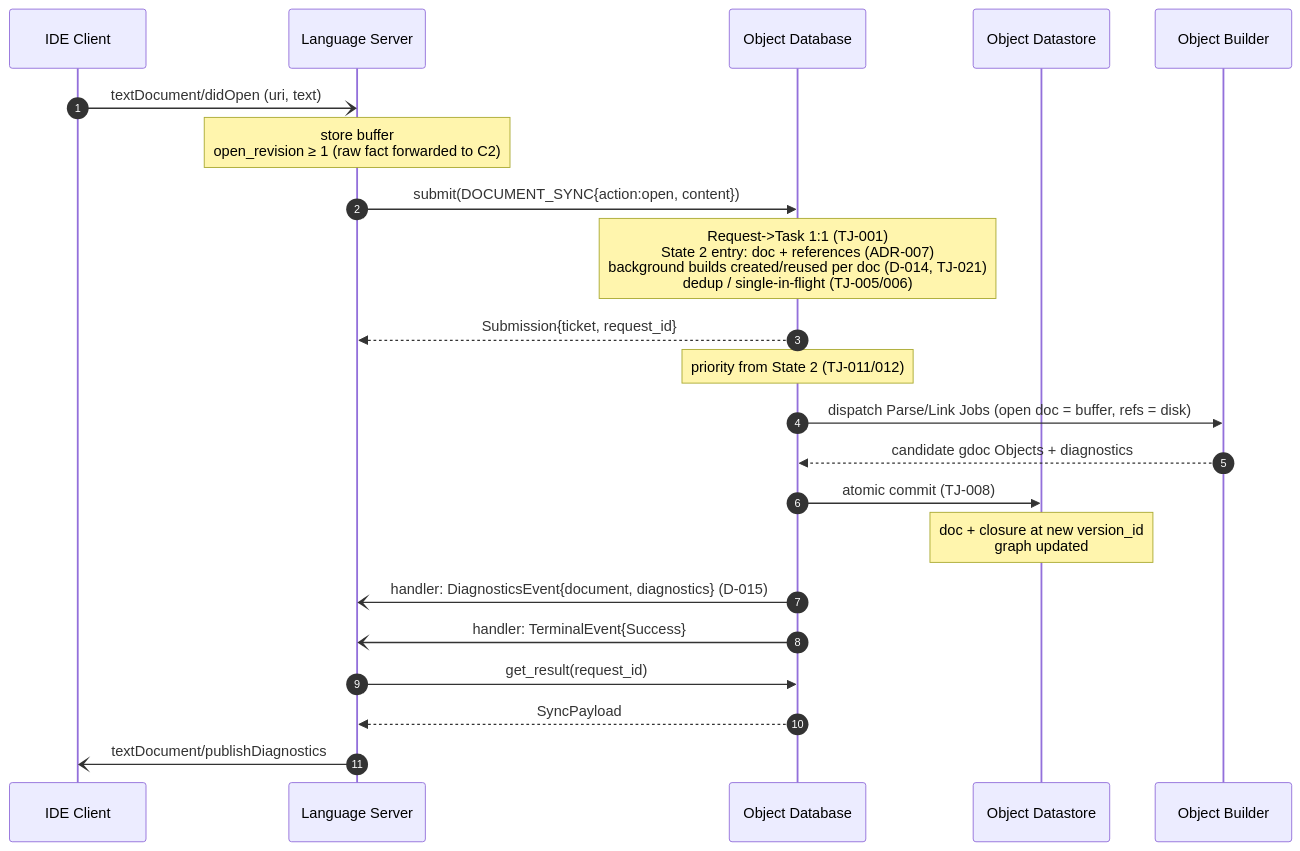
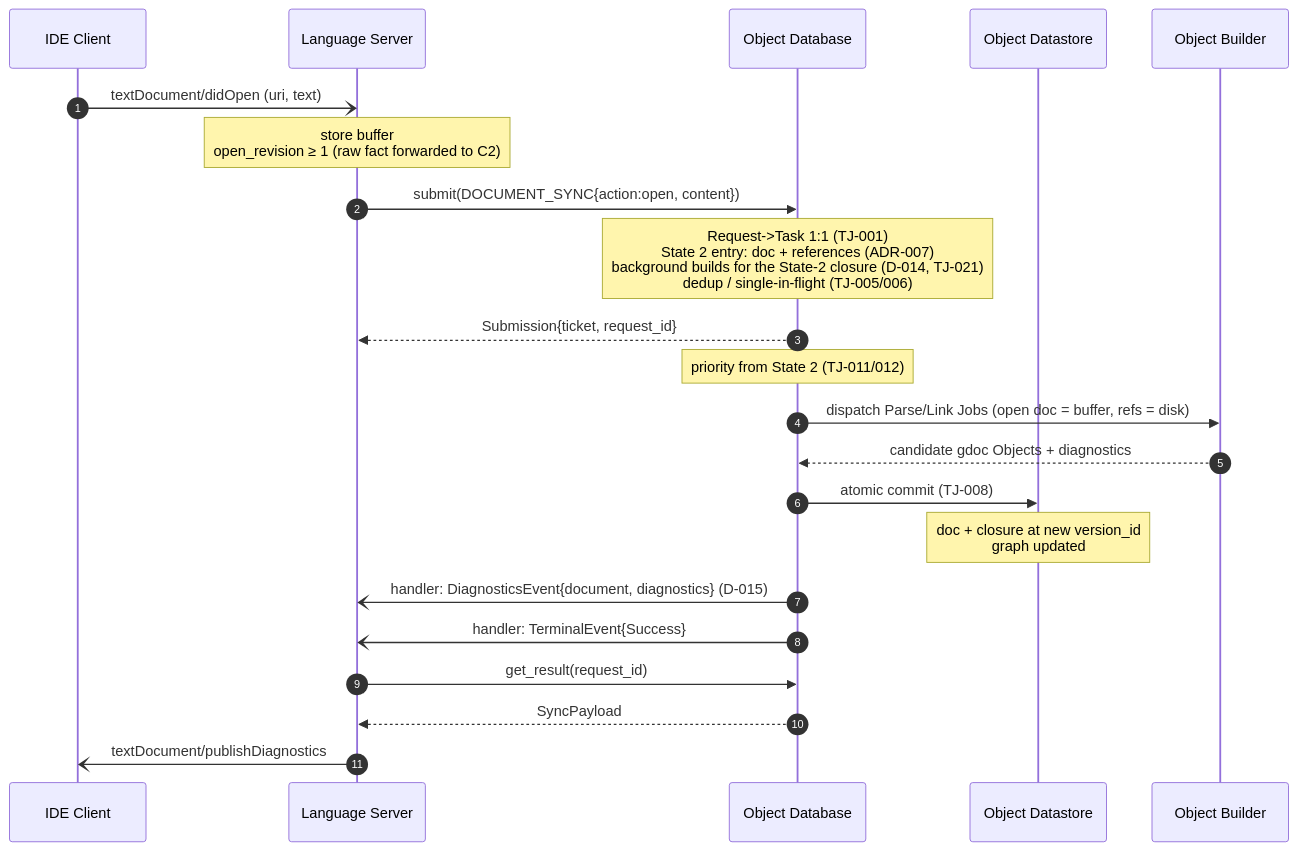
The diagram in docs/architecture/gdocServer/usecases/UC-002_OpenText.md (tyskdm/gdoc), drawn with Mermaid before and after one commit. The commit also changed other lines of this file and 4 other files, not shown here.

````diff
--- a/docs/architecture/gdocServer/usecases/UC-002_OpenText.md
+++ b/docs/architecture/gdocServer/usecases/UC-002_OpenText.md
@@ -186,25 +187,25 @@
 ```mermaid
 sequenceDiagram
     autonumber
     participant IDE as IDE Client
     participant C1 as Language Server
     participant C2 as Object Database
     participant C3 as Object Datastore
     participant C4 as Object Builder
 
     IDE-)C1: textDocument/didOpen (uri, text)
     Note over C1: store buffer<br>open_revision ≥ 1 (raw fact forwarded to C2)
     C1->>C2: submit(DOCUMENT_SYNC{action:open, content})
-    Note over C2: Request->Task 1:1 (TJ-001)<br>State 2 entry: doc + references (ADR-007)<br>background builds created/reused per doc (D-014, TJ-021)<br>dedup / single-in-flight (TJ-005/006)
+    Note over C2: Request->Task 1:1 (TJ-001)<br>State 2 entry: doc + references (ADR-007)<br>background builds for the State-2 closure (D-014, TJ-021)<br>dedup / single-in-flight (TJ-005/006)
     C2-->>C1: Submission{ticket, request_id}
     Note over C2: priority from State 2 (TJ-011/012)
     C2->>C4: dispatch Parse/Link Jobs (open doc = buffer, refs = disk)
     C4-->>C2: candidate gdoc Objects + diagnostics
     C2->>C3: atomic commit (TJ-008)
     Note over C3: doc + closure at new version_id<br>graph updated
     C2-)C1: handler: DiagnosticsEvent{document, diagnostics} (D-015)
     C2-)C1: handler: TerminalEvent{Success}
     C1->>C2: get_result(request_id)
     C2-->>C1: SyncPayload
     C1-)IDE: textDocument/publishDiagnostics
 ```
````
